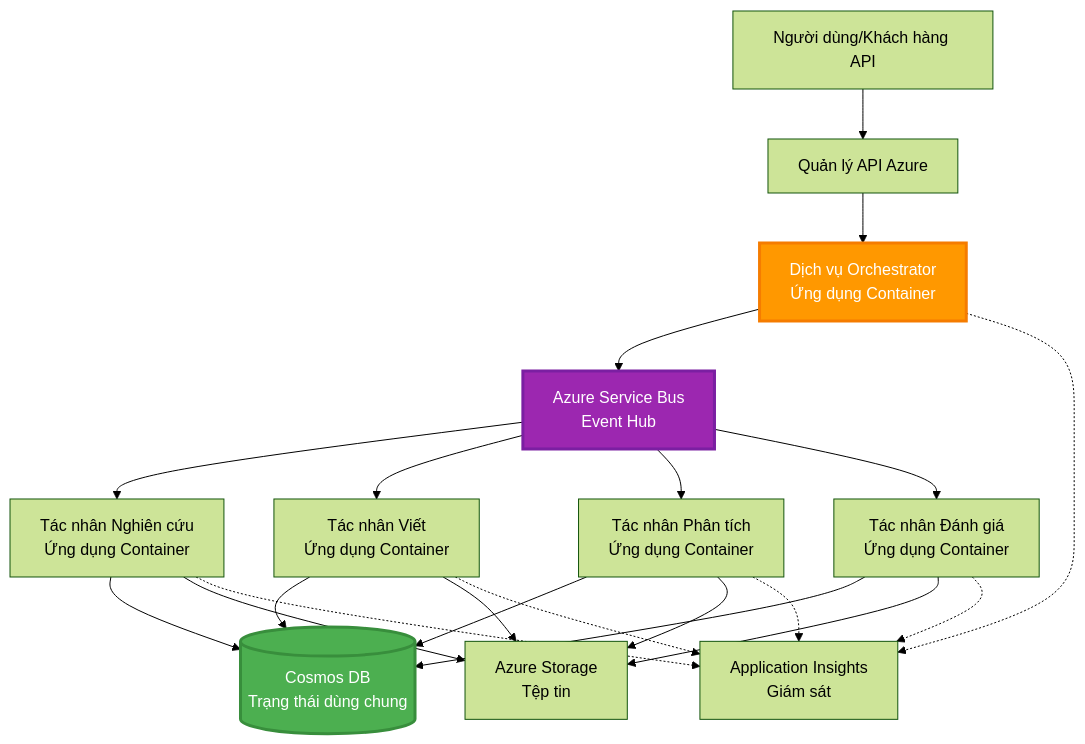
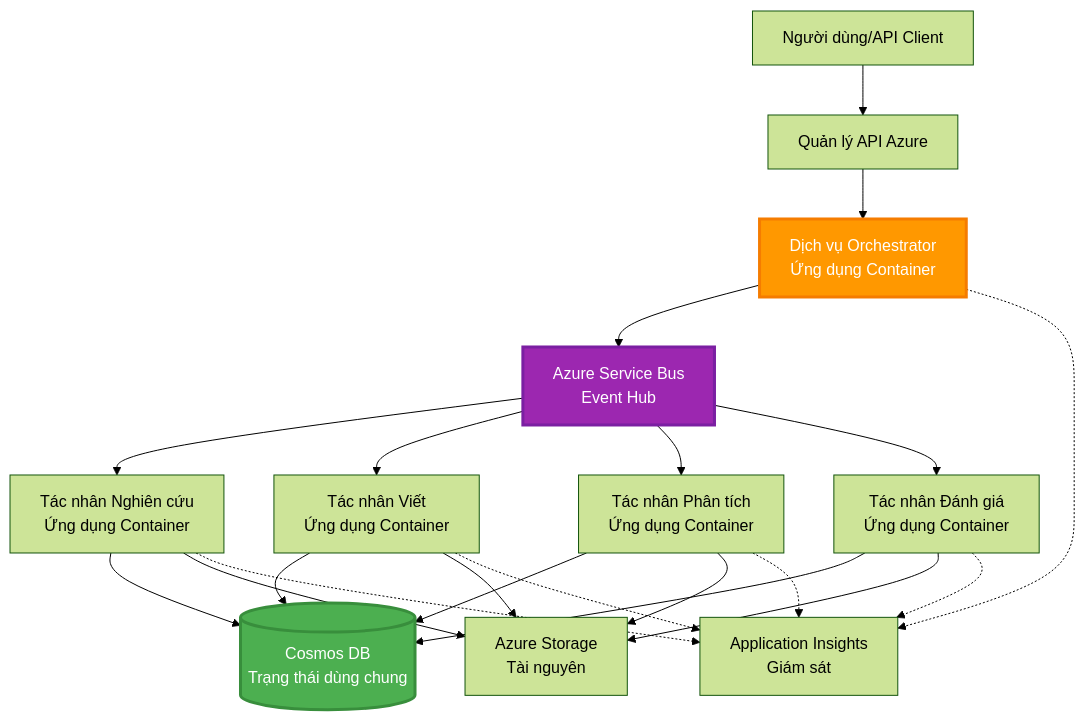
One commit to microsoft/AZD-for-beginners changed the sixth of 6 diagrams in translations/vi/docs/chapter-06-pre-deployment/coordination-patterns.md. Above: the diagram before and after it, drawn with Mermaid (forest theme). The commit also changed other lines of this file and 101 other files, not shown here.

````diff
--- a/translations/vi/docs/chapter-06-pre-deployment/coordination-patterns.md
+++ b/translations/vi/docs/chapter-06-pre-deployment/coordination-patterns.md
@@ -272,45 +265,45 @@
 ```mermaid
 graph TB
-    User[Người dùng/Khách hàng API]
+    User[Người dùng/API Client]
     APIM[Quản lý API Azure]
     Orchestrator[Dịch vụ Orchestrator<br/>Ứng dụng Container]
     ServiceBus[Azure Service Bus<br/>Event Hub]
     
     Agent1[Tác nhân Nghiên cứu<br/>Ứng dụng Container]
     Agent2[Tác nhân Viết<br/>Ứng dụng Container]
     Agent3[Tác nhân Phân tích<br/>Ứng dụng Container]
     Agent4[Tác nhân Đánh giá<br/>Ứng dụng Container]
     
     CosmosDB[(Cosmos DB<br/>Trạng thái dùng chung)]
-    Storage[Azure Storage<br/>Tệp tin]
+    Storage[Azure Storage<br/>Tài nguyên]
     AppInsights[Application Insights<br/>Giám sát]
     
     User --> APIM
     APIM --> Orchestrator
     
     Orchestrator --> ServiceBus
     ServiceBus --> Agent1
     ServiceBus --> Agent2
     ServiceBus --> Agent3
     ServiceBus --> Agent4
     
     Agent1 --> CosmosDB
     Agent2 --> CosmosDB
     Agent3 --> CosmosDB
     Agent4 --> CosmosDB
     
     Agent1 --> Storage
     Agent2 --> Storage
     Agent3 --> Storage
     Agent4 --> Storage
     
     Orchestrator -.-> AppInsights
     Agent1 -.-> AppInsights
     Agent2 -.-> AppInsights
     Agent3 -.-> AppInsights
     Agent4 -.-> AppInsights
     
     style Orchestrator fill:#FF9800,stroke:#F57C00,stroke-width:3px,color:#fff
     style ServiceBus fill:#9C27B0,stroke:#7B1FA2,stroke-width:3px,color:#fff
     style CosmosDB fill:#4CAF50,stroke:#388E3C,stroke-width:3px,color:#fff
 ```
````
